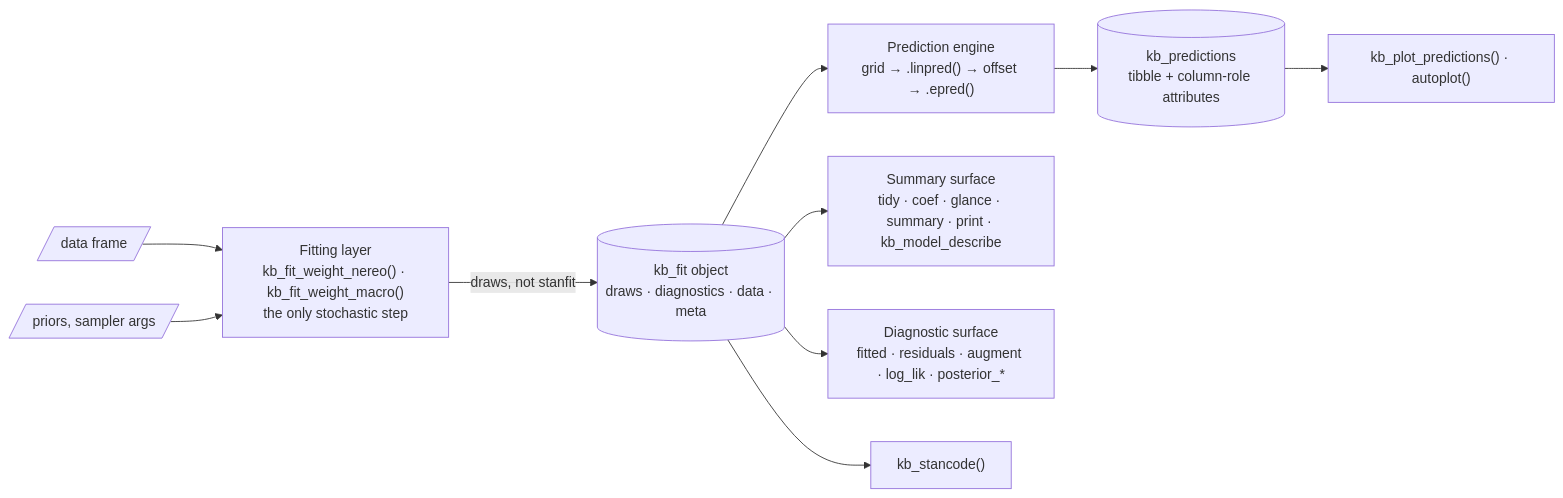
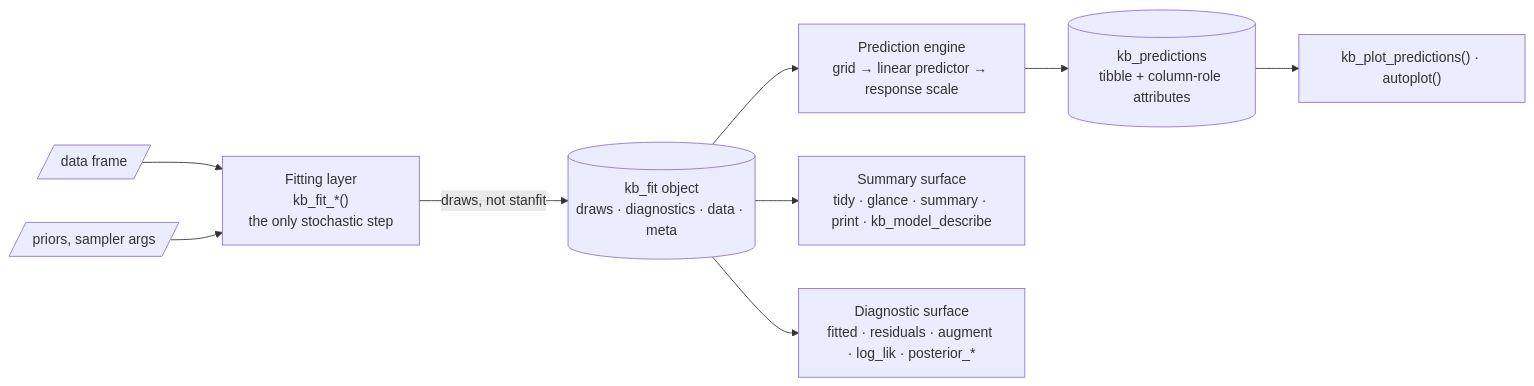
Before and after one commit to HakaiInstitute/kelpbio: the diagram in decisions/architecture.md, drawn with Mermaid. The commit also changed other lines of this file and 5 other files, not shown here.

````diff
--- a/decisions/architecture.md
+++ b/decisions/architecture.md
@@ -19,13 +27,12 @@
 ```mermaid
 flowchart LR
     D[/"data frame"/] --> FIT
     P[/"priors, sampler args"/] --> FIT
-    FIT["Fitting layer<br/>kb_fit_weight_nereo() · kb_fit_weight_macro()<br/>the only stochastic step"]
+    FIT["Fitting layer<br/>kb_fit_*()<br/>the only stochastic step"]
     FIT -->|"draws, not stanfit"| OBJ[("kb_fit object<br/>draws · diagnostics · data · meta")]
-    OBJ --> PRED["Prediction engine<br/>grid → .linpred() → offset → .epred()"]
-    OBJ --> SUMM["Summary surface<br/>tidy · coef · glance · summary · print · kb_model_describe"]
+    OBJ --> PRED["Prediction engine<br/>grid → linear predictor → response scale"]
+    OBJ --> SUMM["Summary surface<br/>tidy · glance · summary · print · kb_model_describe"]
     OBJ --> DIAG["Diagnostic surface<br/>fitted · residuals · augment · log_lik · posterior_*"]
     PRED --> KP[("kb_predictions<br/>tibble + column-role attributes")]
     KP --> PLOT["kb_plot_predictions() · autoplot()"]
-    OBJ --> CODE["kb_stancode()"]
 ```
````
